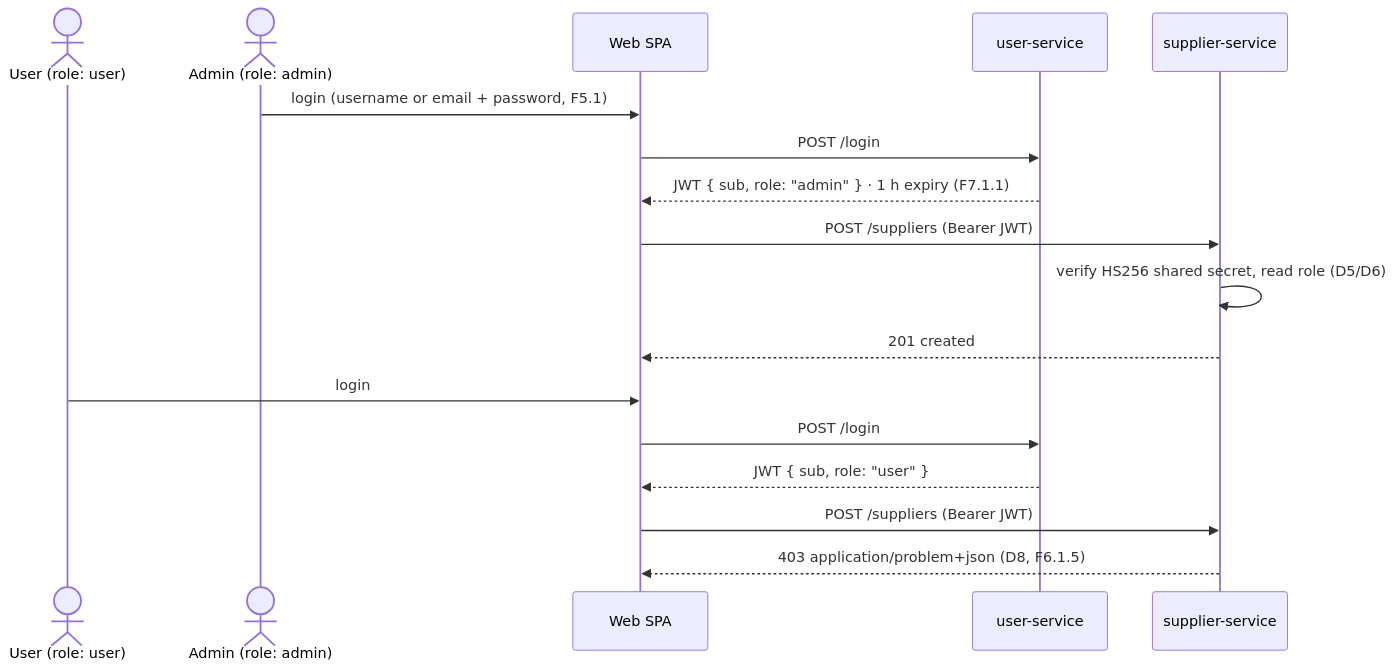
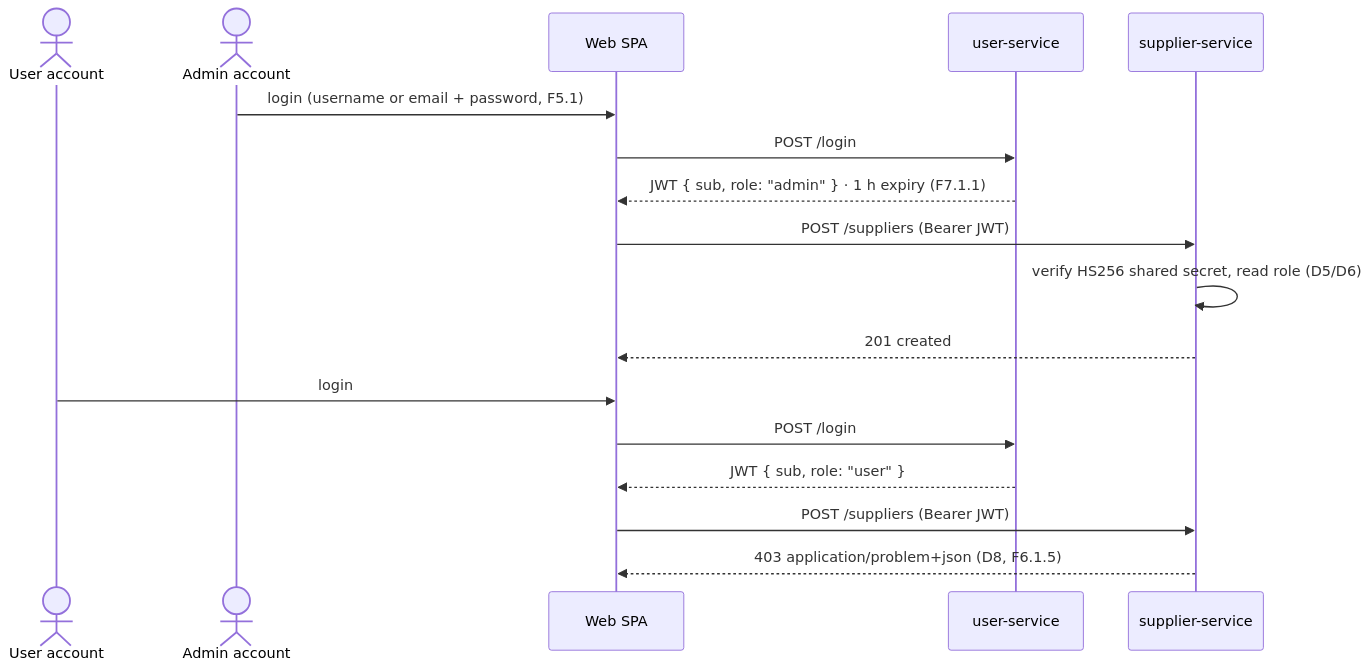
Before and after one commit to AY2627S1-CS3219-P23/foc: the third of 3 diagrams in docs/d2-progress-check.md, drawn with Mermaid. The commit also changed other lines of this file and 2 other files, not shown here.

````diff
--- a/docs/d2-progress-check.md
+++ b/docs/d2-progress-check.md
@@ -203,21 +234,21 @@
 ```mermaid
 sequenceDiagram
-    actor U as User (role: user)
-    actor A as Admin (role: admin)
+    actor U as User account
+    actor A as Admin account
     participant SPA as Web SPA
     participant US as user-service
     participant SS as supplier-service
 
     A->>SPA: login (username or email + password, F5.1)
     SPA->>US: POST /login
     US-->>SPA: JWT { sub, role: "admin" } · 1 h expiry (F7.1.1)
     SPA->>SS: POST /suppliers (Bearer JWT)
     SS->>SS: verify HS256 shared secret, read role (D5/D6)
     SS-->>SPA: 201 created
 
     U->>SPA: login
     SPA->>US: POST /login
     US-->>SPA: JWT { sub, role: "user" }
     SPA->>SS: POST /suppliers (Bearer JWT)
     SS-->>SPA: 403 application/problem+json (D8, F6.1.5)
 ```
````
